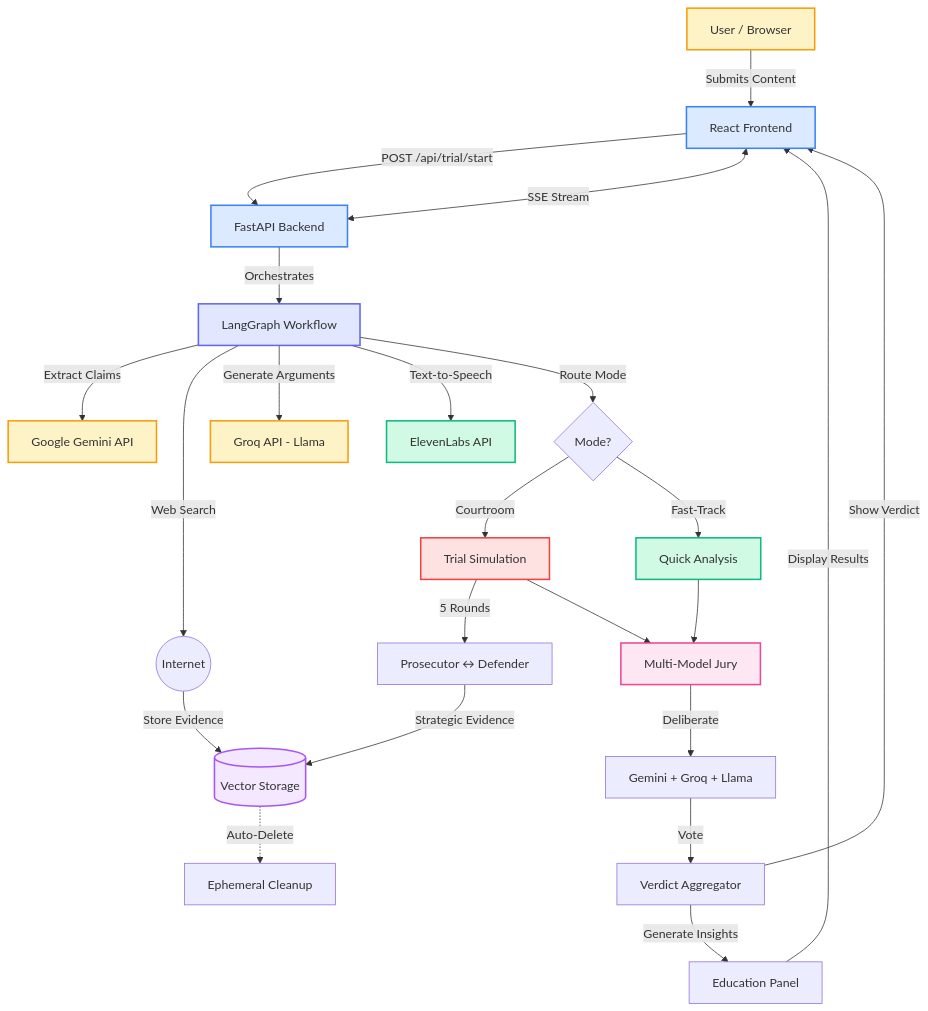
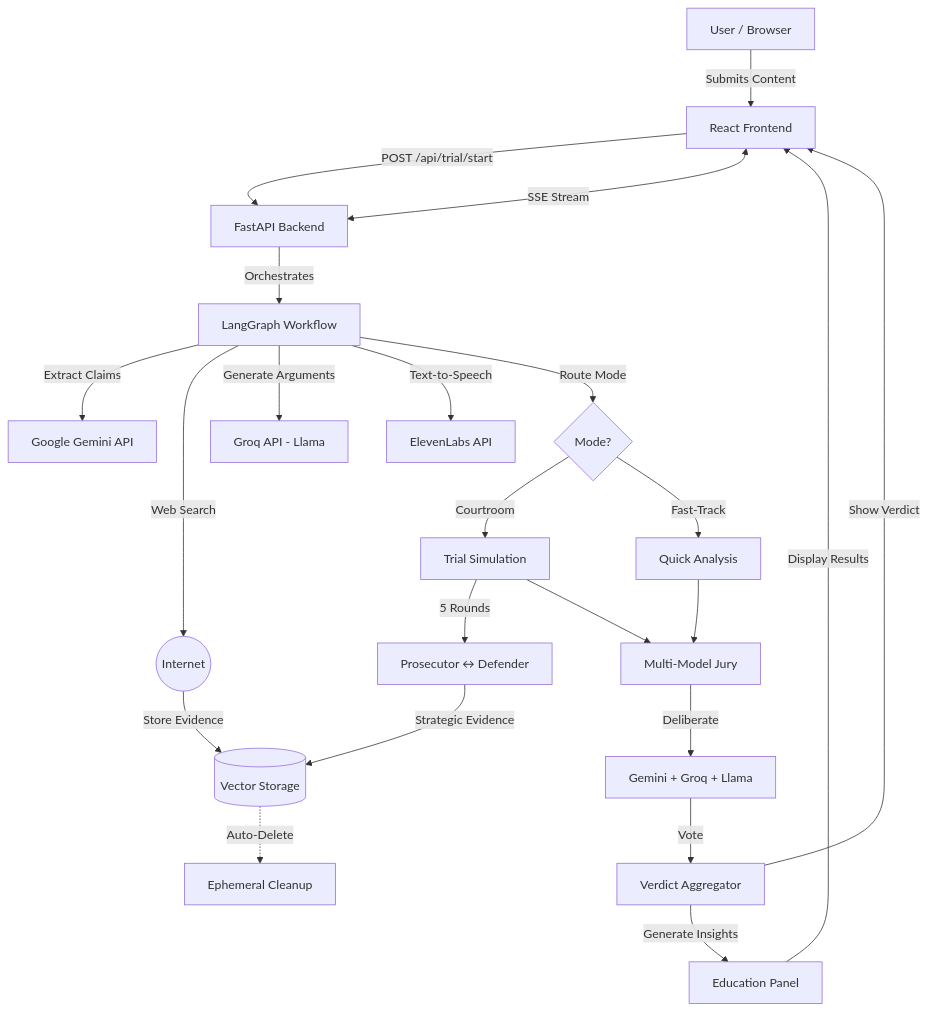
Before and after one commit to pranshavpatel/hackncstate_unstable_diffusers: the diagram in README.md, drawn with Mermaid.

Commit message:
fix: simplify mermaid diagram styling for better visibility

````diff
--- a/README.md
+++ b/README.md
@@ -53,51 +53,39 @@
 ```mermaid
 flowchart TD
     User[User / Browser]
     
     User -->|Submits Content| Frontend[React Frontend]
     
     Frontend -->|POST /api/trial/start| API[FastAPI Backend]
     Frontend <-->|SSE Stream| API
     
     API -->|Orchestrates| LangGraph[LangGraph Workflow]
     
     LangGraph -->|Extract Claims| Gemini[Google Gemini API]
     LangGraph -->|Web Search| Internet((Internet))
     LangGraph -->|Generate Arguments| Groq[Groq API - Llama]
     LangGraph -->|Text-to-Speech| ElevenLabs[ElevenLabs API]
     
     Internet -->|Store Evidence| VectorDB[(Vector Storage)]
     
     LangGraph -->|Route Mode| Router{Mode?}
     
     Router -->|Courtroom| Trial[Trial Simulation]
     Router -->|Fast-Track| FastTrack[Quick Analysis]
     
     Trial -->|5 Rounds| Debate[Prosecutor ↔ Defender]
     Debate -->|Strategic Evidence| VectorDB
     
     Trial --> Jury[Multi-Model Jury]
     FastTrack --> Jury
     
     Jury -->|Deliberate| Models[Gemini + Groq + Llama]
     Models -->|Vote| Verdict[Verdict Aggregator]
     
     Verdict -->|Generate Insights| Education[Education Panel]
     
     Education -->|Display Results| Frontend
     Verdict -->|Show Verdict| Frontend
     
     VectorDB -.->|Auto-Delete| Cleanup[Ephemeral Cleanup]
-    
-    style User fill:#fef3c7,stroke:#f59e0b,stroke-width:2px
-    style Frontend fill:#dbeafe,stroke:#3b82f6,stroke-width:2px
-    style API fill:#dbeafe,stroke:#3b82f6,stroke-width:2px
-    style LangGraph fill:#e0e7ff,stroke:#6366f1,stroke-width:2px
-    style Trial fill:#fee2e2,stroke:#ef4444,stroke-width:2px
-    style FastTrack fill:#d1fae5,stroke:#10b981,stroke-width:2px
-    style Jury fill:#fce7f3,stroke:#ec4899,stroke-width:2px
-    style VectorDB fill:#f3e8ff,stroke:#a855f7,stroke-width:2px
-    style Gemini fill:#fef3c7,stroke:#f59e0b,stroke-width:2px
-    style Groq fill:#fef3c7,stroke:#f59e0b,stroke-width:2px
-    style ElevenLabs fill:#d1fae5,stroke:#10b981,stroke-width:2px
 ```
````
